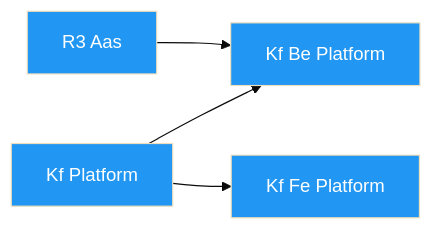
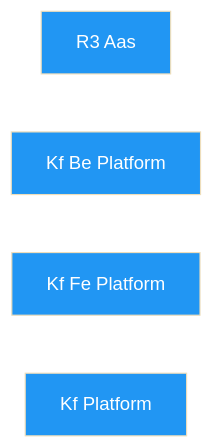
One commit to Katty-Fashion/kf-cpto changed the diagram in docs/dependency-graph.md. Above: the diagram before and after it, drawn with Mermaid (base theme). The commit also changed other lines of this file and 12 other files, not shown here.

````diff
--- a/docs/dependency-graph.md
+++ b/docs/dependency-graph.md
@@ -10,14 +10,11 @@
 ```mermaid
 graph LR
     R3_AAS["R3 Aas"]:::eu
     kf_be_platform["Kf Be Platform"]:::eu
     kf_fe_platform["Kf Fe Platform"]:::eu
     kf_platform["Kf Platform"]:::eu
-    kf_platform --> kf_be_platform
-    R3_AAS --> kf_be_platform
-    kf_platform --> kf_fe_platform
 
     classDef saas fill:#4CAF50,color:#fff
     classDef eu fill:#2196F3,color:#fff
     classDef internal fill:#FF9800,color:#fff
 ```
````
